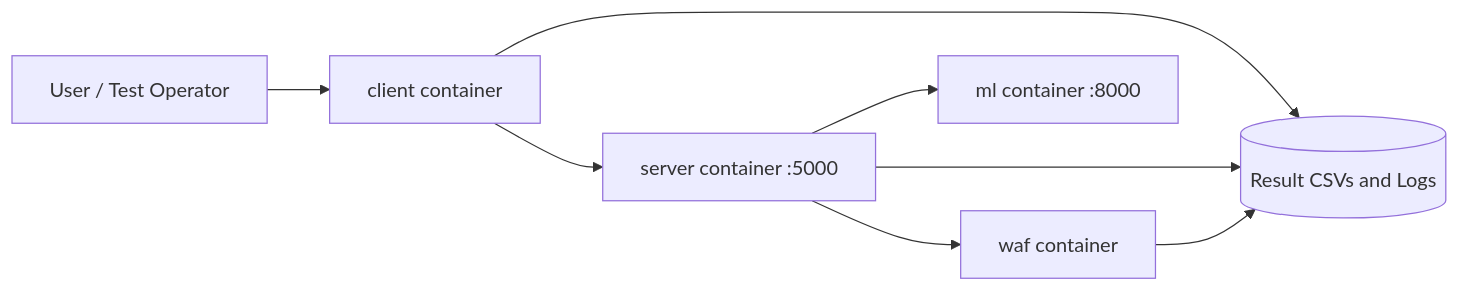
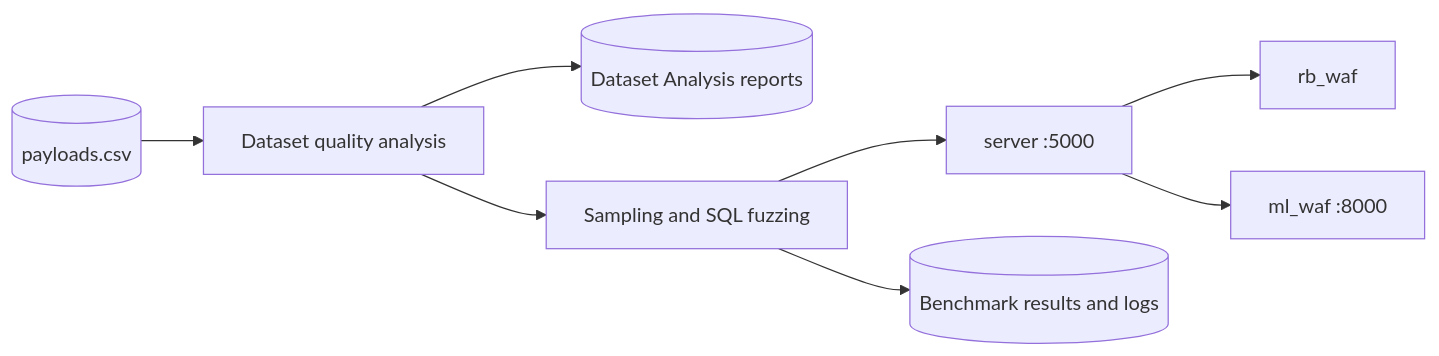
The diagram in README.md (imhamzasajjad/TEE_WAF_setup-), drawn with Mermaid before and after one commit. The commit also changed other lines of this file, not shown here.

Commit message:
Document dataset analysis workflow

````diff
--- a/README.md
+++ b/README.md
@@ -39,10 +43,10 @@
 ```mermaid
 flowchart LR
-   U[User / Test Operator] --> C[client container]
-   C --> S[server container :5000]
-   S --> W[waf container]
-   S --> M[ml container :8000]
-   C --> R[(Result CSVs and Logs)]
-   S --> R
-   W --> R
+   D[(payloads.csv)] --> A[Dataset quality analysis]
+   A --> Q[(Dataset Analysis reports)]
+   A --> C[Sampling and SQL fuzzing]
+   C --> S[server :5000]
+   S --> W[rb_waf]
+   S --> M[ml_waf :8000]
+   C --> R[(Benchmark results and logs)]
 ```
````
